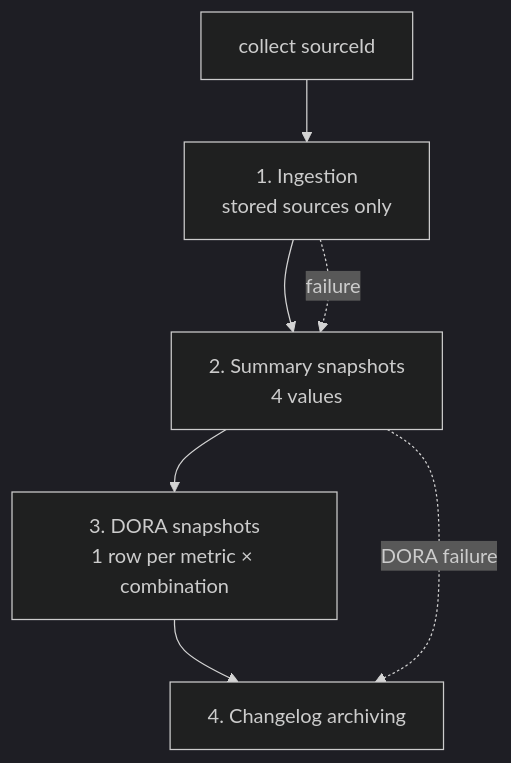
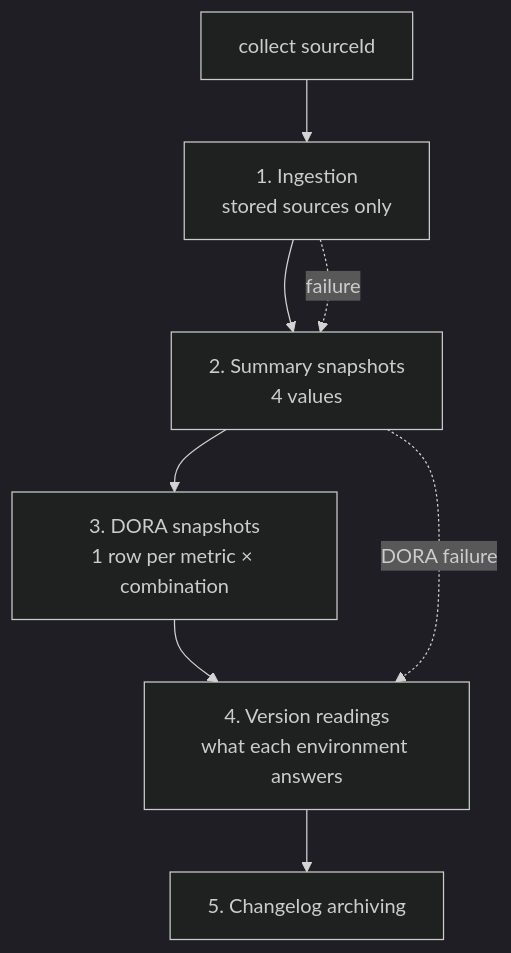
The first of 2 diagrams in docs/technical/collection-and-metrics.md (crabisoft/git-pulse), drawn with Mermaid (dark theme) before and after one commit. The commit also changed other lines of this file and 7 other files, not shown here.

Commit message:
docs(versions): where a version is read, and what is never swept

````diff
--- a/docs/technical/collection-and-metrics.md
+++ b/docs/technical/collection-and-metrics.md
@@ -47,10 +47,11 @@
 ```mermaid
 flowchart TD
     A[collect sourceId] --> B[1. Ingestion<br/>stored sources only]
     B --> C[2. Summary snapshots<br/>4 values]
     C --> D[3. DORA snapshots<br/>1 row per metric × combination]
-    D --> E[4. Changelog archiving]
+    D --> E[4. Version readings<br/>what each environment answers]
+    E --> F[5. Changelog archiving]
 
     B -.->|failure| C
     C -.->|DORA failure| E
 ```
````
